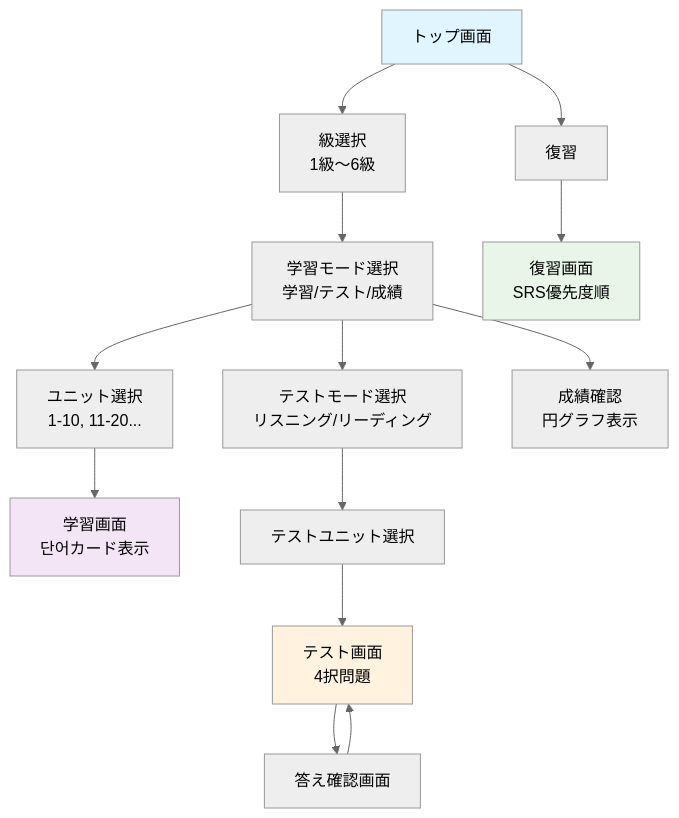
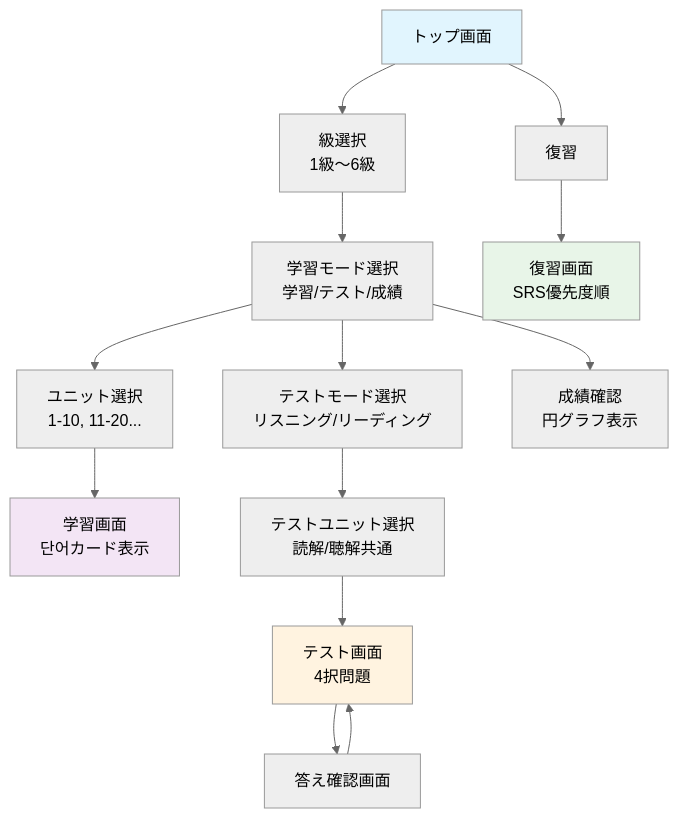
The first of 4 diagrams in docs/screen-flows.md (yuichkun/topik-dojo), drawn with Mermaid (neutral theme) before and after one commit. The commit also changed other lines of this file and 4 other files, not shown here.

````diff
--- a/docs/screen-flows.md
+++ b/docs/screen-flows.md
@@ -5,20 +5,20 @@
 ```mermaid
 graph TD
     A[トップ画面] --> B[級選択<br/>1級〜6級]
     A --> H[復習]
     B --> C[学習モード選択<br/>学習/テスト/成績]
     C --> D[ユニット選択<br/>1-10, 11-20...]
     C --> E[テストモード選択<br/>リスニング/リーディング]
     C --> F[成績確認<br/>円グラフ表示]
     D --> G[学習画面<br/>단어カード表示]
-    E --> I[テストユニット選択]
+    E --> I[テストユニット選択<br/>読解/聴解共通]
     I --> J[テスト画面<br/>4択問題]
     J --> K[答え確認画面]
     K --> J
     H --> L[復習画面<br/>SRS優先度順]
     
     style A fill:#e1f5fe
     style G fill:#f3e5f5
     style J fill:#fff3e0
     style L fill:#e8f5e8
 ```
````
